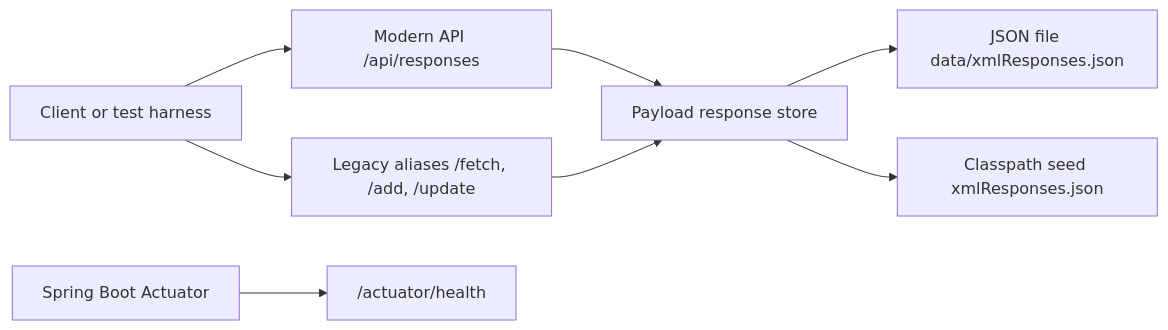
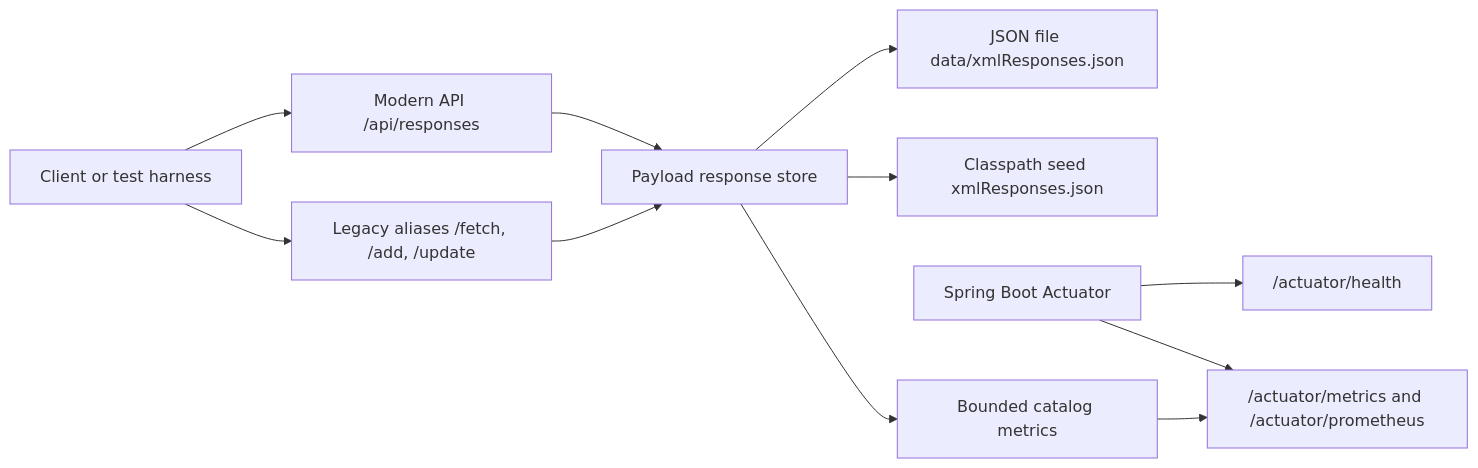
One commit to J4vedskh/payloadprobe-lab changed the first of 3 diagrams in docs/architecture.md. Above: the diagram before and after it, drawn with Mermaid. The commit also changed other lines of this file and 7 other files, not shown here.

Commit message:
Add bounded catalog metrics (#4)

````diff
--- a/docs/architecture.md
+++ b/docs/architecture.md
@@ -8,10 +8,13 @@
 ```mermaid
 flowchart LR
     Client["Client or test harness"] --> ModernApi["Modern API /api/responses"]
     Client --> LegacyApi["Legacy aliases /fetch, /add, /update"]
     ModernApi --> Store["Payload response store"]
     LegacyApi --> Store
     Store --> JsonFile["JSON file data/xmlResponses.json"]
     Store --> Seed["Classpath seed xmlResponses.json"]
     Spring["Spring Boot Actuator"] --> Health["/actuator/health"]
+    Store --> Metrics["Bounded catalog metrics"]
+    Spring --> MetricsApi["/actuator/metrics and /actuator/prometheus"]
+    Metrics --> MetricsApi
 ```
````
